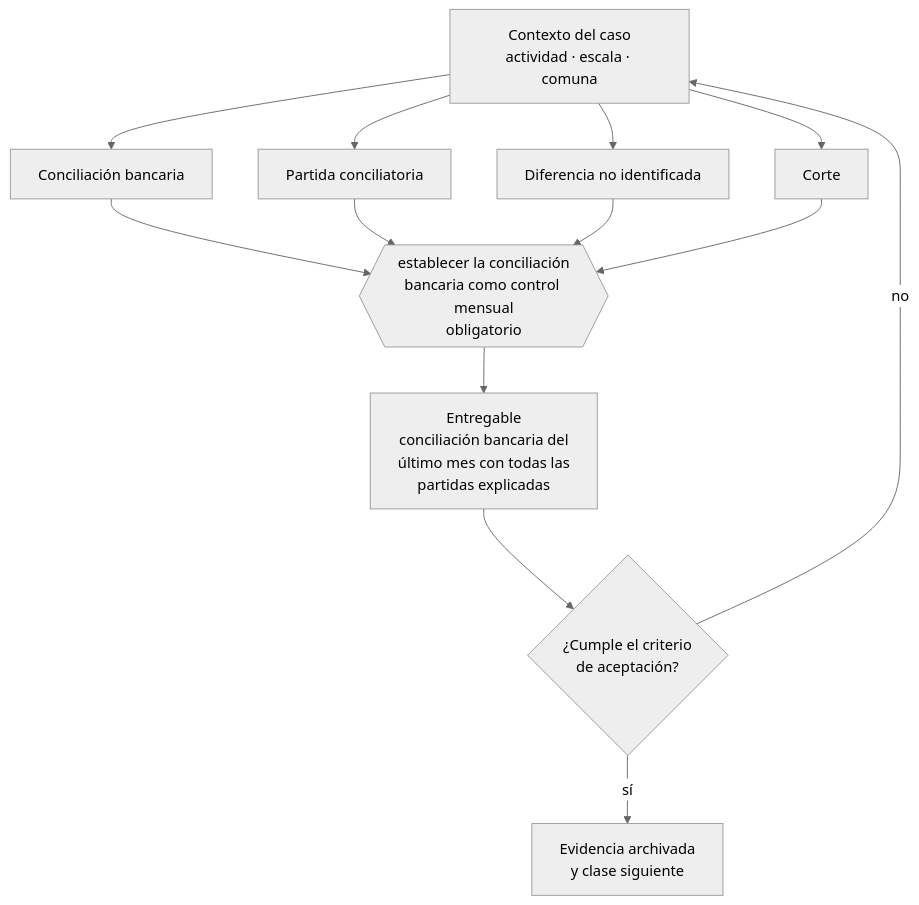
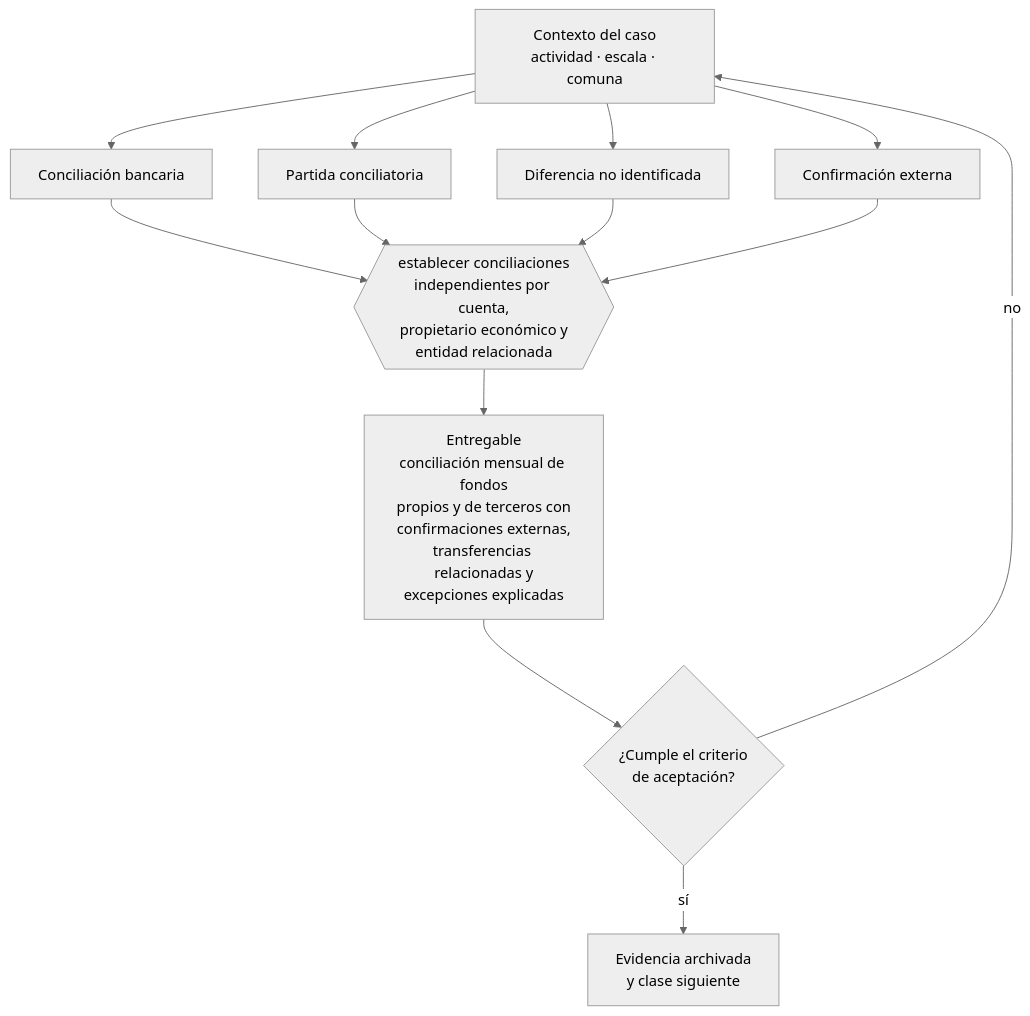
One commit to vladimiracunadev-create/modern-business-creation-program changed the diagram in curriculum/part-08-contabilidad-y-estados-financieros/class-09-conciliacion-bancaria/README.md. Above: the diagram before and after it, drawn with Mermaid (neutral theme). The commit also changed other lines of this file and 32 other files, not shown here.

````diff
--- a/curriculum/part-08-contabilidad-y-estados-financieros/class-09-conciliacion-bancaria/README.md
+++ b/curriculum/part-08-contabilidad-y-estados-financieros/class-09-conciliacion-bancaria/README.md
@@ -34,13 +34,13 @@
 ```mermaid
 flowchart TB
     C["Contexto del caso<br/>actividad · escala · comuna"]
     C --> A1["Conciliación bancaria"]
     C --> A2["Partida conciliatoria"]
     C --> A3["Diferencia no identificada"]
-    C --> A4["Corte"]
-    A1 & A2 & A3 & A4 --> D{{"establecer la conciliación<br/>bancaria como control mensual<br/>obligatorio"}}
-    D --> E["Entregable<br/>conciliación bancaria del<br/>último mes con todas las<br/>partidas explicadas"]
+    C --> A4["Confirmación externa"]
+    A1 & A2 & A3 & A4 --> D{{"establecer conciliaciones<br/>independientes por cuenta,<br/>propietario económico y<br/>entidad relacionada"}}
+    D --> E["Entregable<br/>conciliación mensual de fondos<br/>propios y de terceros con<br/>confirmaciones externas,<br/>transferencias relacionadas y<br/>excepciones explicadas"]
     E --> V{"¿Cumple el criterio<br/>de aceptación?"}
     V -->|sí| S["Evidencia archivada<br/>y clase siguiente"]
     V -->|no| C
 ```
````
